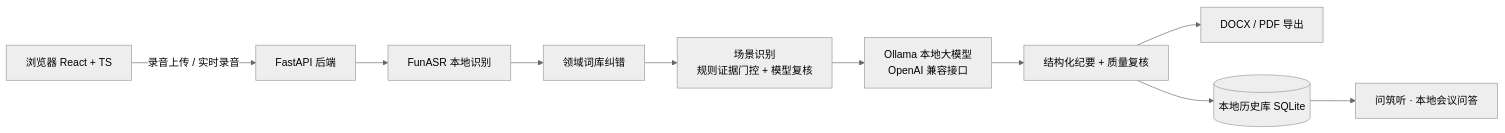
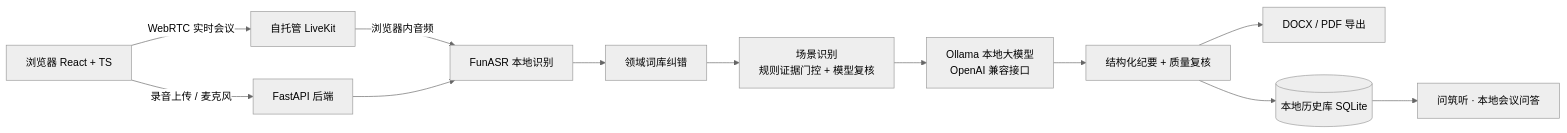
Before and after one commit to wenxuanzhang1209-cyber/jkinco-listen-open: the diagram in README.zh-CN.md, drawn with Mermaid (neutral theme). The commit also changed other lines of this file and 62 other files, not shown here.

````diff
--- a/README.zh-CN.md
+++ b/README.zh-CN.md
@@ -218,12 +295,14 @@
 ```mermaid
 flowchart LR
-    U[浏览器 React + TS] -->|录音上传 / 实时录音| API[FastAPI 后端]
-    API --> ASR[FunASR 本地识别]
+    U[浏览器 React + TS] -->|WebRTC 实时会议| LK[自托管 LiveKit]
+    U -->|录音上传 / 麦克风| API[FastAPI 后端]
+    LK -->|浏览器内音频| ASR[FunASR 本地识别]
+    API --> ASR
     ASR --> LEX[领域词库纠错]
     LEX --> CLS[场景识别<br/>规则证据门控 + 模型复核]
     CLS --> LLM[Ollama 本地大模型<br/>OpenAI 兼容接口]
     LLM --> MIN[结构化纪要 + 质量复核]
     MIN --> EXP[DOCX / PDF 导出]
     MIN --> DB[(本地历史库 SQLite)]
     DB --> QA[问筑听 · 本地会议问答]
 ```
````
